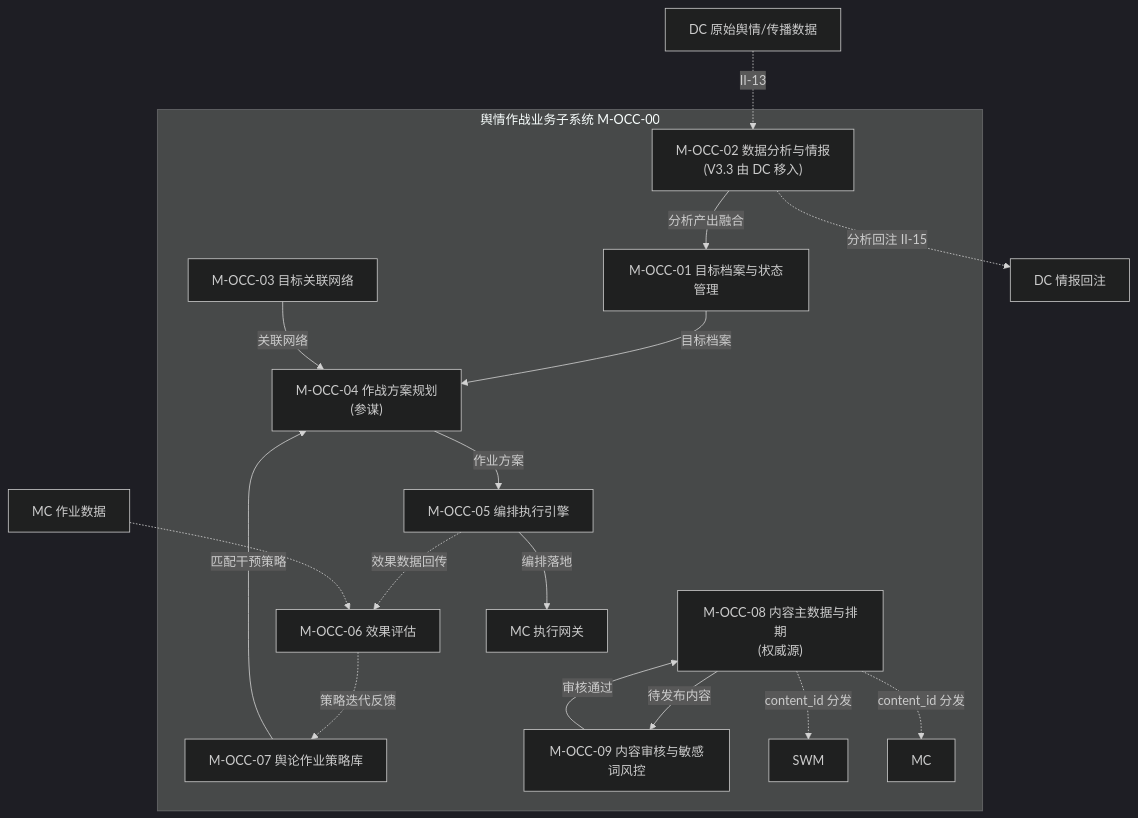
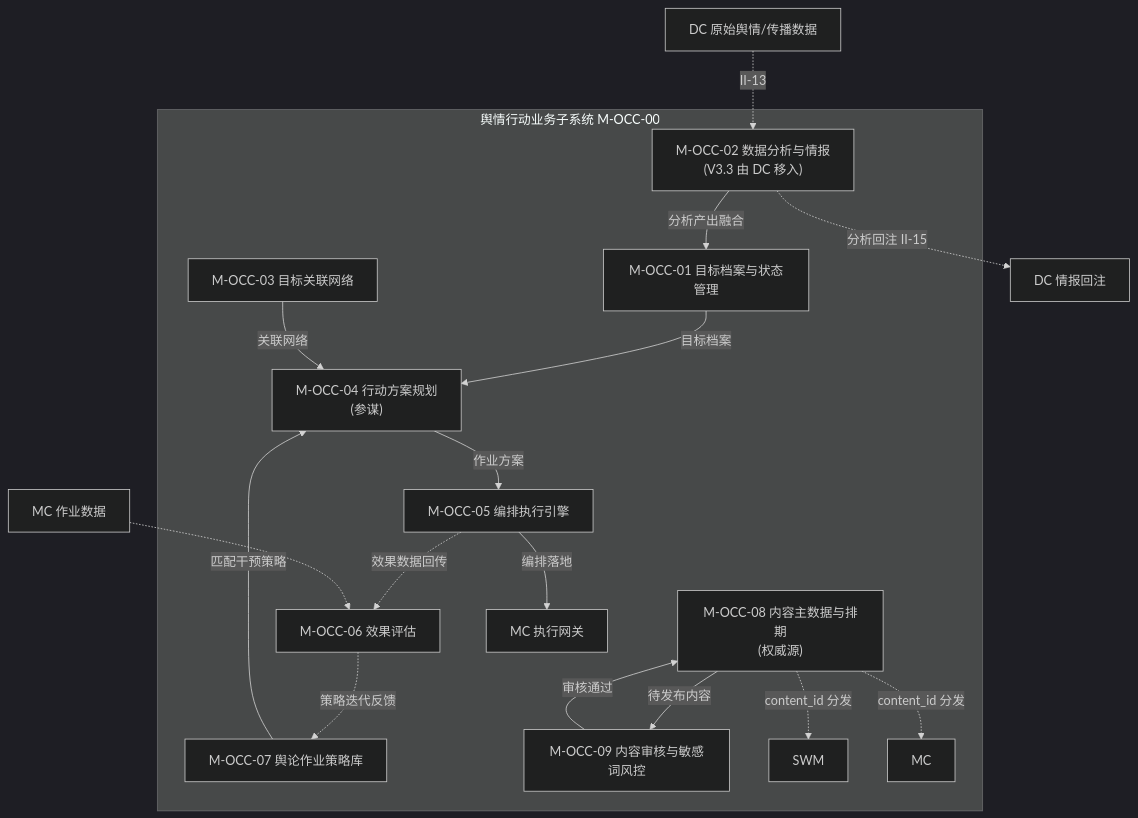
Before and after one commit to Sj-g/obsidian: diagram 29 of 49 in 公司项目/认知作战/文档/软件概要设计-架构图.md, drawn with Mermaid (dark theme). The commit also changed other lines of this file and 9 other files, not shown here.

````diff
--- a/公司项目/认知作战/文档/软件概要设计-架构图.md
+++ b/公司项目/认知作战/文档/软件概要设计-架构图.md
@@ -577,31 +574,31 @@
 ```mermaid
 flowchart TB
-    subgraph OCC["舆情作战业务子系统 M-OCC-00"]
+    subgraph OCC["舆情行动业务子系统 M-OCC-00"]
         OCC1["M-OCC-01 目标档案与状态管理"]
         OCC2["M-OCC-02 数据分析与情报<br/>(V3.3 由 DC 移入)"]
         OCC3["M-OCC-03 目标关联网络"]
-        OCC4["M-OCC-04 作战方案规划<br/>(参谋)"]
+        OCC4["M-OCC-04 行动方案规划<br/>(参谋)"]
         OCC5["M-OCC-05 编排执行引擎"]
         OCC6["M-OCC-06 效果评估"]
         OCC7["M-OCC-07 舆论作业策略库"]
         OCC8["M-OCC-08 内容主数据与排期<br/>(权威源)"]
         OCC9["M-OCC-09 内容审核与敏感词风控"]
 
         OCC2 -->|"分析产出融合"| OCC1
         OCC1 -->|"目标档案"| OCC4
         OCC3 -->|"关联网络"| OCC4
         OCC7 -->|"匹配干预策略"| OCC4
         OCC4 -->|"作业方案"| OCC5
         OCC5 -->|"编排落地"| MC["MC 执行网关"]
         OCC5 -.->|"效果数据回传"| OCC6
         OCC6 -.->|"策略迭代反馈"| OCC7
 
         OCC8 -->|"待发布内容"| OCC9
         OCC9 -->|"审核通过"| OCC8
         OCC8 -.->|"content_id 分发"| SWM["SWM"] & MC2["MC"]
     end
 
     DC["DC 原始舆情/传播数据"] -.->|"II-13"| OCC2
     OCC2 -.->|"分析回注 II-15"| DC2["DC 情报回注"]
     MC3["MC 作业数据"] -.-> OCC6
 ```
````
